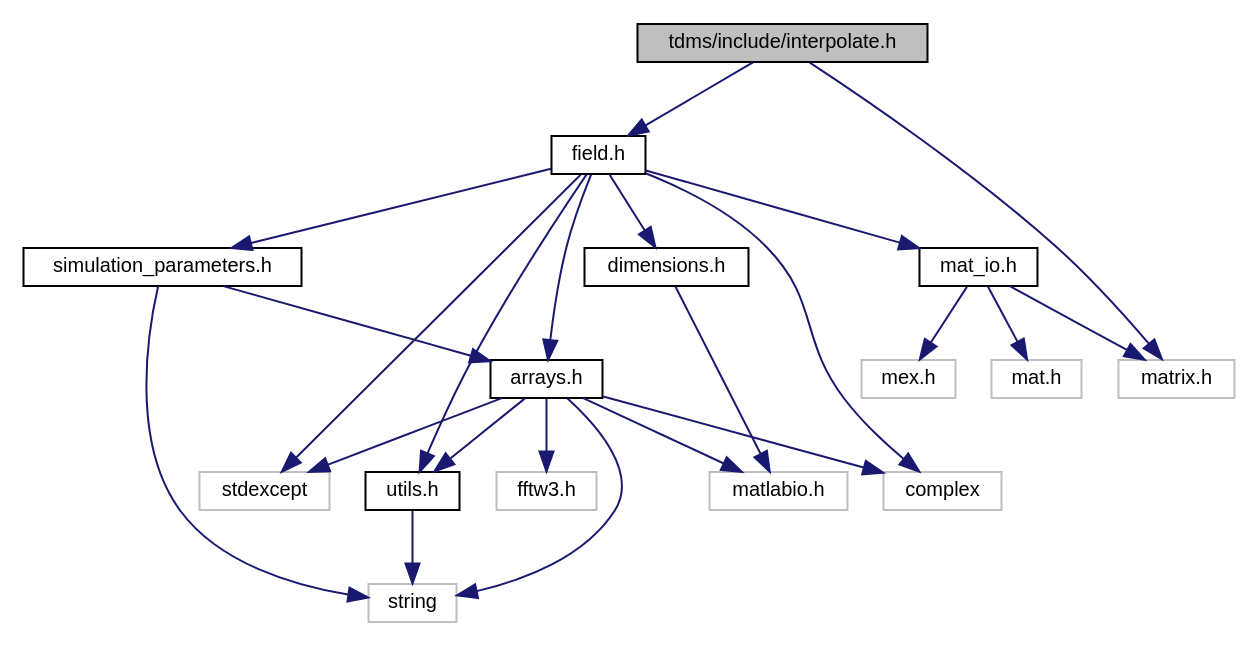
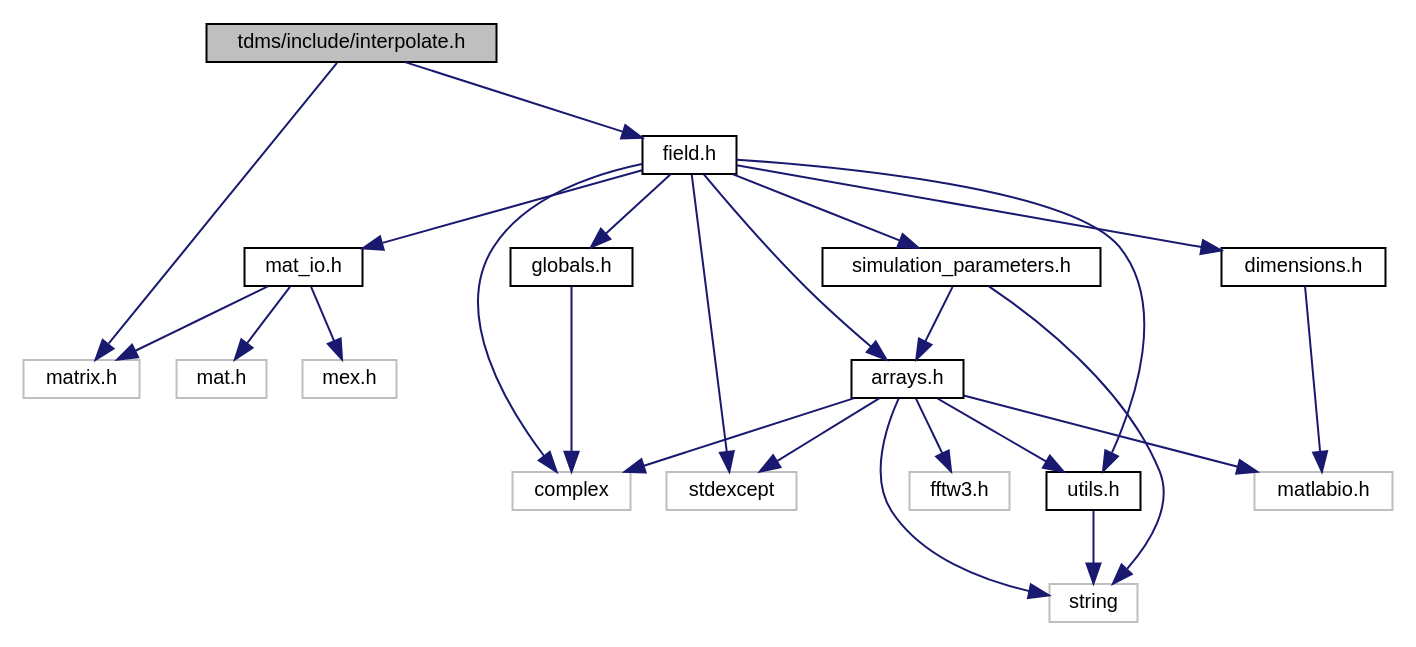
One commit to UCL/TDMS changed the diagram in interpolate_8h__incl.dot. Above: the diagram before and after it, drawn with Graphviz. The commit also changed 173 other files, not shown here.

```diff
--- a/interpolate_8h__incl.dot
+++ b/interpolate_8h__incl.dot
@@ -1,43 +1,46 @@
 digraph "tdms/include/interpolate.h"
 {
  // LATEX_PDF_SIZE
   edge [fontname="Helvetica",fontsize="10",labelfontname="Helvetica",labelfontsize="10"];
   node [fontname="Helvetica",fontsize="10",shape=record];
   Node1 [label="tdms/include/interpolate.h",height=0.2,width=0.4,color="black", fillcolor="grey75", style="filled", fontcolor="black",tooltip="Interpolation of field values within FDTD grid."];
   Node1 -> Node2 [color="midnightblue",fontsize="10",style="solid",fontname="Helvetica"];
   Node2 [label="matrix.h",height=0.2,width=0.4,color="grey75", fillcolor="white", style="filled",tooltip=" "];
   Node1 -> Node3 [color="midnightblue",fontsize="10",style="solid",fontname="Helvetica"];
   Node3 [label="field.h",height=0.2,width=0.4,color="black", fillcolor="white", style="filled",URL="$field_8h.html",tooltip="Classes for the electric and magnetic (split) fields on a grid."];
   Node3 -> Node4 [color="midnightblue",fontsize="10",style="solid",fontname="Helvetica"];
   Node4 [label="complex",height=0.2,width=0.4,color="grey75", fillcolor="white", style="filled",tooltip=" "];
   Node3 -> Node5 [color="midnightblue",fontsize="10",style="solid",fontname="Helvetica"];
   Node5 [label="stdexcept",height=0.2,width=0.4,color="grey75", fillcolor="white", style="filled",tooltip=" "];
   Node3 -> Node6 [color="midnightblue",fontsize="10",style="solid",fontname="Helvetica"];
   Node6 [label="arrays.h",height=0.2,width=0.4,color="black", fillcolor="white", style="filled",URL="$arrays_8h.html",tooltip="Classes describing arrays, vertices etc."];
   Node6 -> Node4 [color="midnightblue",fontsize="10",style="solid",fontname="Helvetica"];
   Node6 -> Node7 [color="midnightblue",fontsize="10",style="solid",fontname="Helvetica"];
   Node7 [label="string",height=0.2,width=0.4,color="grey75", fillcolor="white", style="filled",tooltip=" "];
   Node6 -> Node8 [color="midnightblue",fontsize="10",style="solid",fontname="Helvetica"];
   Node8 [label="fftw3.h",height=0.2,width=0.4,color="grey75", fillcolor="white", style="filled",tooltip=" "];
   Node6 -> Node5 [color="midnightblue",fontsize="10",style="solid",fontname="Helvetica"];
   Node6 -> Node9 [color="midnightblue",fontsize="10",style="solid",fontname="Helvetica"];
   Node9 [label="matlabio.h",height=0.2,width=0.4,color="grey75", fillcolor="white", style="filled",tooltip=" "];
   Node6 -> Node10 [color="midnightblue",fontsize="10",style="solid",fontname="Helvetica"];
   Node10 [label="utils.h",height=0.2,width=0.4,color="black", fillcolor="white", style="filled",URL="$utils_8h.html",tooltip="Useful miscellaneous utility functions."];
   Node10 -> Node7 [color="midnightblue",fontsize="10",style="solid",fontname="Helvetica"];
   Node3 -> Node11 [color="midnightblue",fontsize="10",style="solid",fontname="Helvetica"];
   Node11 [label="dimensions.h",height=0.2,width=0.4,color="black", fillcolor="white", style="filled",URL="$dimensions_8h.html",tooltip=" "];
   Node11 -> Node9 [color="midnightblue",fontsize="10",style="solid",fontname="Helvetica"];
   Node3 -> Node12 [color="midnightblue",fontsize="10",style="solid",fontname="Helvetica"];
   Node12 [label="mat_io.h",height=0.2,width=0.4,color="black", fillcolor="white", style="filled",URL="$mat__io_8h.html",tooltip="Includes MATLAB headers for I/O."];
   Node12 -> Node13 [color="midnightblue",fontsize="10",style="solid",fontname="Helvetica"];
   Node13 [label="mat.h",height=0.2,width=0.4,color="grey75", fillcolor="white", style="filled",tooltip=" "];
   Node12 -> Node14 [color="midnightblue",fontsize="10",style="solid",fontname="Helvetica"];
   Node14 [label="mex.h",height=0.2,width=0.4,color="grey75", fillcolor="white", style="filled",tooltip=" "];
   Node12 -> Node2 [color="midnightblue",fontsize="10",style="solid",fontname="Helvetica"];
   Node3 -> Node15 [color="midnightblue",fontsize="10",style="solid",fontname="Helvetica"];
   Node15 [label="simulation_parameters.h",height=0.2,width=0.4,color="black", fillcolor="white", style="filled",URL="$simulation__parameters_8h.html",tooltip="Classes collecting parameters for the simulation."];
   Node15 -> Node7 [color="midnightblue",fontsize="10",style="solid",fontname="Helvetica"];
   Node15 -> Node6 [color="midnightblue",fontsize="10",style="solid",fontname="Helvetica"];
   Node3 -> Node10 [color="midnightblue",fontsize="10",style="solid",fontname="Helvetica"];
+  Node3 -> Node16 [color="midnightblue",fontsize="10",style="solid",fontname="Helvetica"];
+  Node16 [label="globals.h",height=0.2,width=0.4,color="black", fillcolor="white", style="filled",URL="$globals_8h.html",tooltip="Type definitions and global constants."];
+  Node16 -> Node4 [color="midnightblue",fontsize="10",style="solid",fontname="Helvetica"];
 }
```
